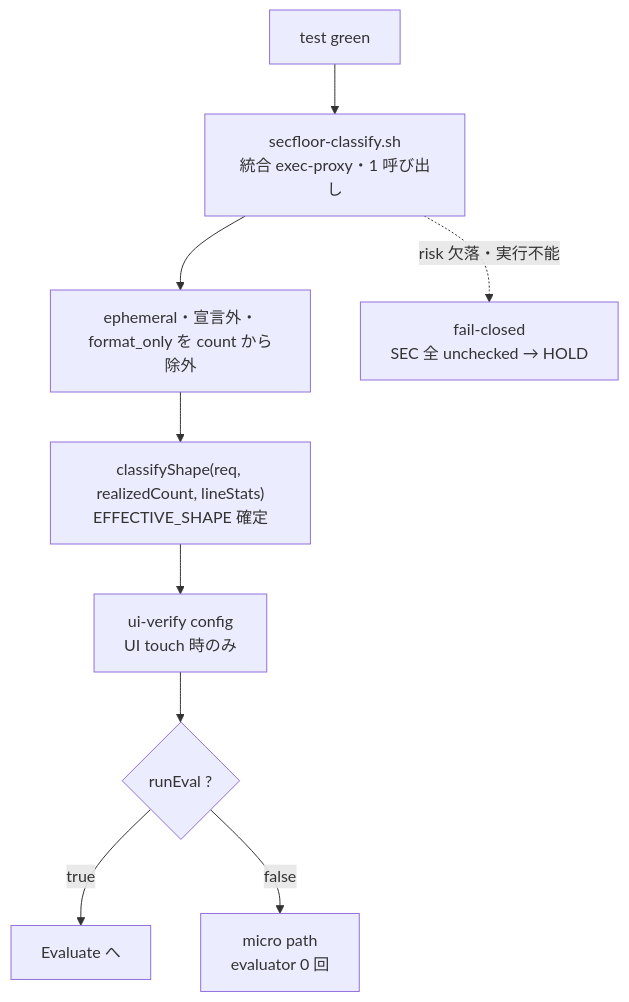
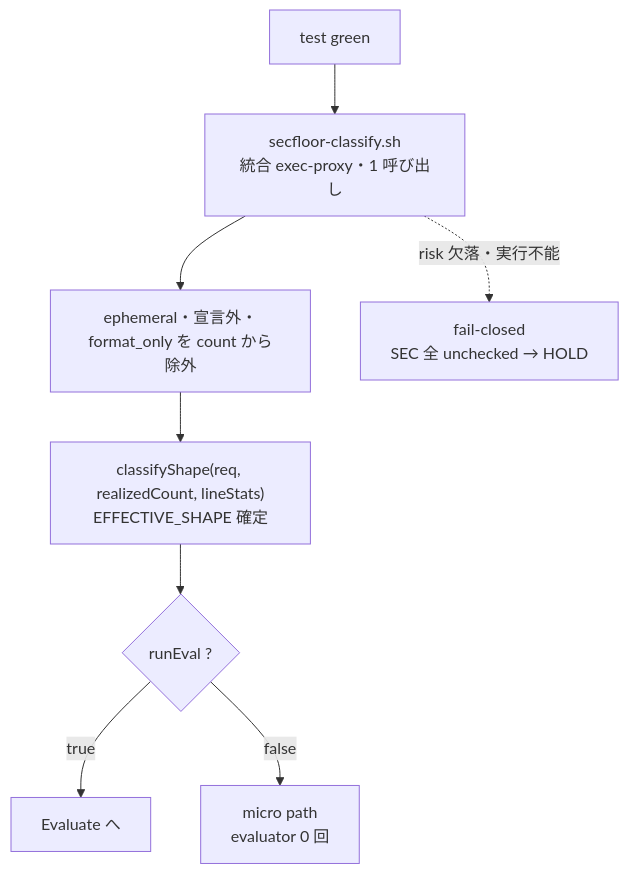
The sixth of 13 diagrams in docs/dev-flow-atlas.md (it-all-playpark/skills), drawn with Mermaid before and after one commit. The commit also changed other lines of this file and 36 other files, not shown here.

First line of the commit message:
refactor(dev-flow): ui-verify を撤去する — 実績 0 件、UI 確認は repo のテストと CI に任せる (#886) (#887)

````diff
--- a/docs/dev-flow-atlas.md
+++ b/docs/dev-flow-atlas.md
@@ -160,12 +160,11 @@
 ```mermaid
 flowchart TD
     IN["test green"] --> C1["secfloor-classify.sh<br/>統合 exec-proxy・1 呼び出し"]
     C1 --> C2["ephemeral・宣言外・format_only を count から除外"]
     C2 --> C3["classifyShape(req, realizedCount, lineStats)<br/>EFFECTIVE_SHAPE 確定"]
-    C3 --> C4["ui-verify config<br/>UI touch 時のみ"]
-    C4 --> C5{"runEval ?"}
+    C3 --> C5{"runEval ?"}
     C5 -->|true| OUT["Evaluate へ"]
     C5 -->|false| SKIP["micro path<br/>evaluator 0 回"]
 
     C1 -.->|"risk 欠落・実行不能"| FC["fail-closed<br/>SEC 全 unchecked → HOLD"]
 ```
````
